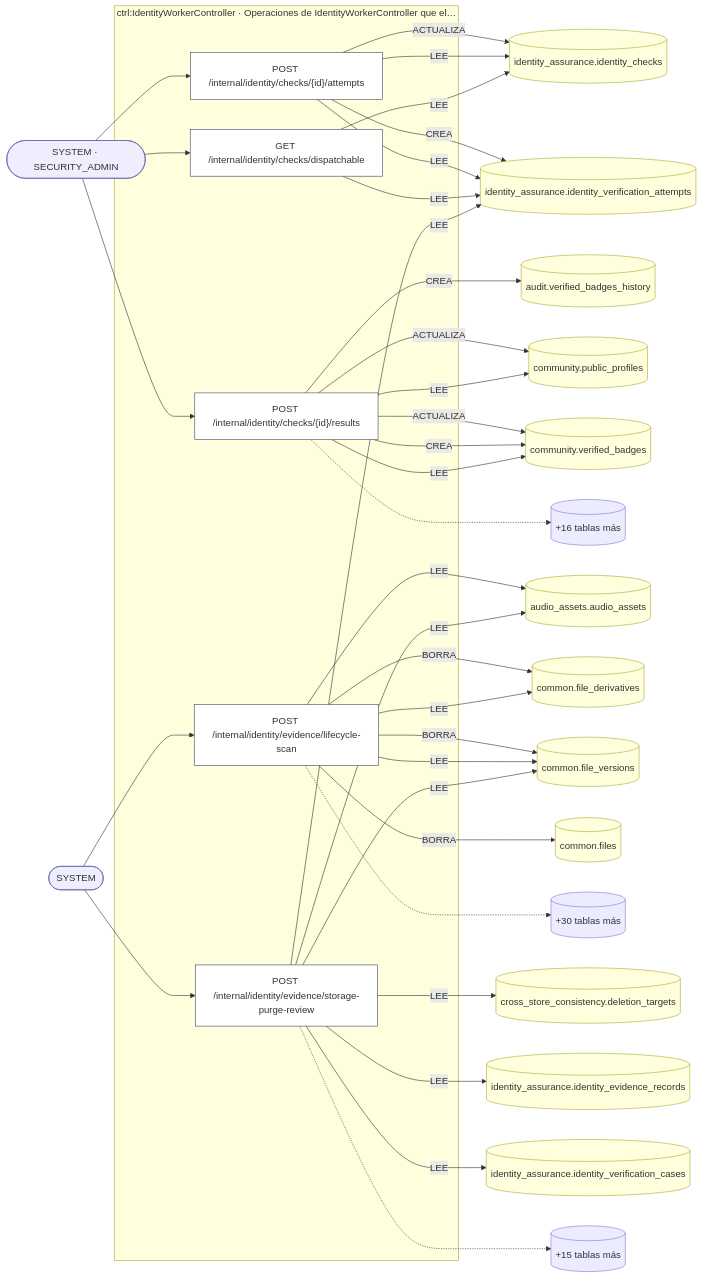
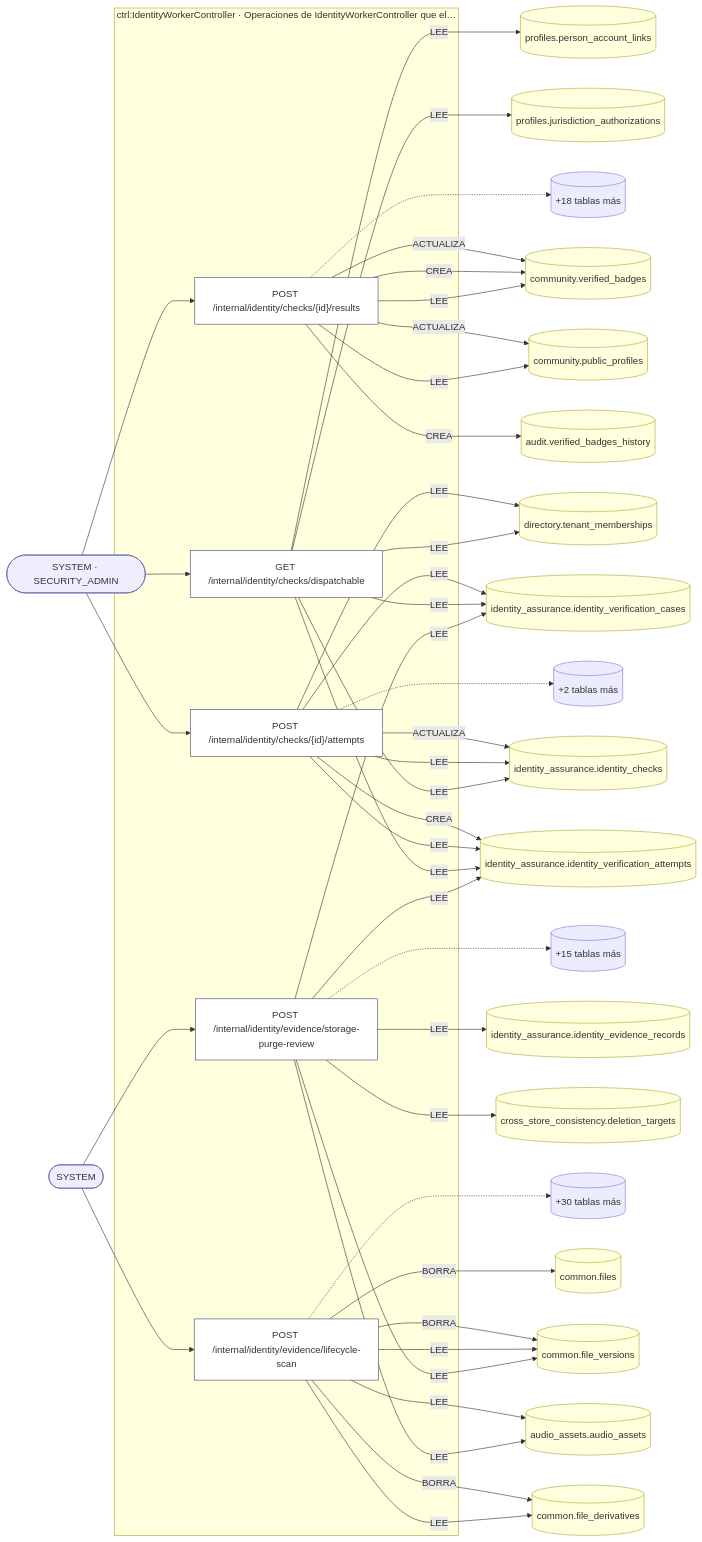
The second of 27 diagrams in docs/inventario/flujos/identity_assurance.md (mdavila-2001/mantra-core-health-api), drawn with Mermaid before and after one commit. The commit also changed other lines of this file and 438 other files, not shown here.

````diff
--- a/docs/inventario/flujos/identity_assurance.md
+++ b/docs/inventario/flujos/identity_assurance.md
@@ -263,63 +305,74 @@
 ```mermaid
 flowchart LR
   a2(["SYSTEM · SECURITY_ADMIN"]):::actor
-  a12(["SYSTEM"]):::actor
-  t3[("identity_assurance.identity_checks")]:::tabla
-  t4[("identity_assurance.identity_verification_attempts")]:::tabla
-  t6[("audit.verified_badges_history")]:::tabla
-  t7[("community.public_profiles")]:::tabla
-  t8[("community.verified_badges")]:::tabla
-  t13[("audio_assets.audio_assets")]:::tabla
-  t14[("common.file_derivatives")]:::tabla
-  t15[("common.file_versions")]:::tabla
-  t16[("common.files")]:::tabla
-  t19[("cross_store_consistency.deletion_targets")]:::tabla
-  t20[("identity_assurance.identity_evidence_records")]:::tabla
-  t21[("identity_assurance.identity_verification_cases")]:::tabla
-  t9[("+16 tablas más")]
-  t17[("+30 tablas más")]
-  t22[("+15 tablas más")]
+  a17(["SYSTEM"]):::actor
+  t3[("directory.tenant_memberships")]:::tabla
+  t4[("identity_assurance.identity_checks")]:::tabla
+  t5[("identity_assurance.identity_verification_attempts")]:::tabla
+  t6[("identity_assurance.identity_verification_cases")]:::tabla
+  t9[("audit.verified_badges_history")]:::tabla
+  t10[("community.public_profiles")]:::tabla
+  t11[("community.verified_badges")]:::tabla
+  t14[("profiles.jurisdiction_authorizations")]:::tabla
+  t15[("profiles.person_account_links")]:::tabla
+  t18[("audio_assets.audio_assets")]:::tabla
+  t19[("common.file_derivatives")]:::tabla
+  t20[("common.file_versions")]:::tabla
+  t21[("common.files")]:::tabla
+  t24[("cross_store_consistency.deletion_targets")]:::tabla
+  t25[("identity_assurance.identity_evidence_records")]:::tabla
+  t7[("+2 tablas más")]
+  t12[("+18 tablas más")]
+  t22[("+30 tablas más")]
+  t26[("+15 tablas más")]
   subgraph s0["ctrl:IdentityWorkerController · Operaciones de IdentityWorkerController que el…"]
     o1["POST /internal/identity/checks/{id}/attempts"]:::op
-    o5["POST /internal/identity/checks/{id}/results"]:::op
-    o10["GET /internal/identity/checks/dispatchable"]:::op
-    o11["POST /internal/identity/evidence/lifecycle-scan"]:::op
-    o18["POST /internal/identity/evidence/storage-purge-review"]:::op
+    o8["POST /internal/identity/checks/{id}/results"]:::op
+    o13["GET /internal/identity/checks/dispatchable"]:::op
+    o16["POST /internal/identity/evidence/lifecycle-scan"]:::op
+    o23["POST /internal/identity/evidence/storage-purge-review"]:::op
   end
   a2 --> o1
-  o1 -->|"ACTUALIZA"| t3
   o1 -->|"LEE"| t3
-  o1 -->|"CREA"| t4
+  o1 -->|"ACTUALIZA"| t4
   o1 -->|"LEE"| t4
-  a2 --> o5
-  o5 -->|"CREA"| t6
-  o5 -->|"ACTUALIZA"| t7
-  o5 -->|"LEE"| t7
-  o5 -->|"ACTUALIZA"| t8
-  o5 -->|"CREA"| t8
-  o5 -->|"LEE"| t8
-  o5 -.-> t9
-  a2 --> o10
-  o10 -->|"LEE"| t3
-  o10 -->|"LEE"| t4
-  a12 --> o11
-  o11 -->|"LEE"| t13
-  o11 -->|"BORRA"| t14
-  o11 -->|"LEE"| t14
-  o11 -->|"BORRA"| t15
-  o11 -->|"LEE"| t15
-  o11 -->|"BORRA"| t16
-  o11 -.-> t17
-  a12 --> o18
-  o18 -->|"LEE"| t13
-  o18 -->|"LEE"| t15
-  o18 -->|"LEE"| t19
-  o18 -->|"LEE"| t20
-  o18 -->|"LEE"| t4
-  o18 -->|"LEE"| t21
-  o18 -.-> t22
+  o1 -->|"CREA"| t5
+  o1 -->|"LEE"| t5
+  o1 -->|"LEE"| t6
+  o1 -.-> t7
+  a2 --> o8
+  o8 -->|"CREA"| t9
+  o8 -->|"ACTUALIZA"| t10
+  o8 -->|"LEE"| t10
+  o8 -->|"ACTUALIZA"| t11
+  o8 -->|"CREA"| t11
+  o8 -->|"LEE"| t11
+  o8 -.-> t12
+  a2 --> o13
+  o13 -->|"LEE"| t3
+  o13 -->|"LEE"| t4
+  o13 -->|"LEE"| t5
+  o13 -->|"LEE"| t6
+  o13 -->|"LEE"| t14
+  o13 -->|"LEE"| t15
+  a17 --> o16
+  o16 -->|"LEE"| t18
+  o16 -->|"BORRA"| t19
+  o16 -->|"LEE"| t19
+  o16 -->|"BORRA"| t20
+  o16 -->|"LEE"| t20
+  o16 -->|"BORRA"| t21
+  o16 -.-> t22
+  a17 --> o23
+  o23 -->|"LEE"| t18
+  o23 -->|"LEE"| t20
+  o23 -->|"LEE"| t24
+  o23 -->|"LEE"| t25
+  o23 -->|"LEE"| t5
+  o23 -->|"LEE"| t6
+  o23 -.-> t26
   classDef op fill:#fff,stroke:#446
   classDef actor fill:#eef,stroke:#66a
   classDef tabla fill:#ffd,stroke:#aa3
   classDef evento fill:#efe,stroke:#3a3
 ```
````
